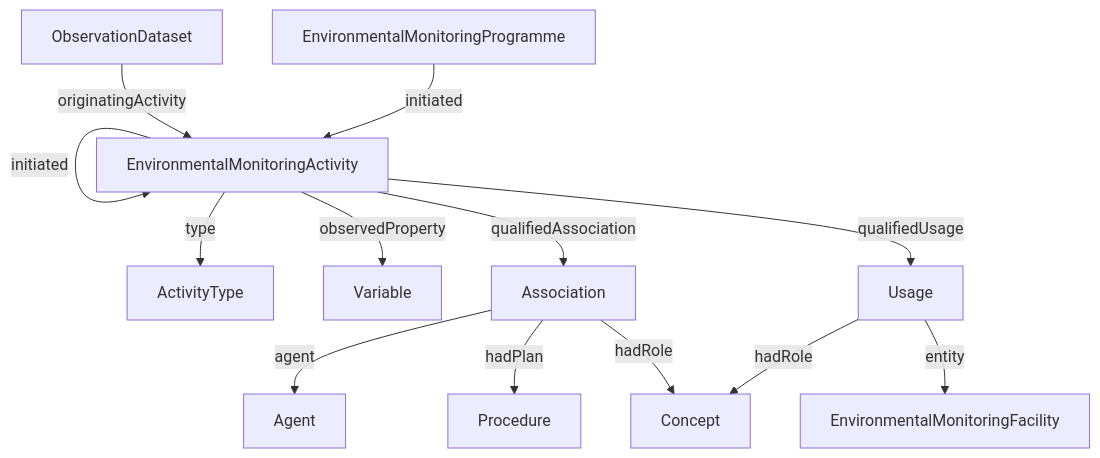
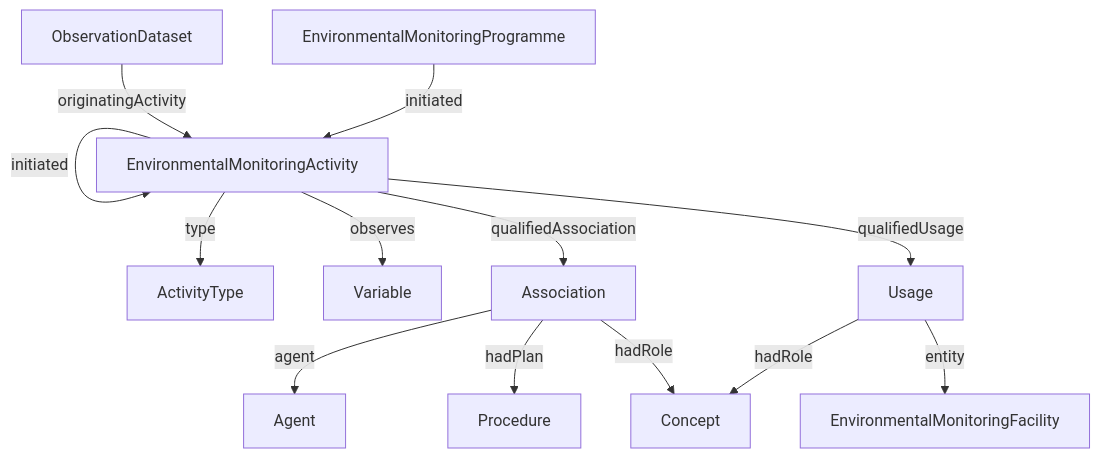
Before and after one commit to NERC-CEH/fdri-ontology: the first of 2 diagrams in ontology/working_notes/uav-dataset-proposal.md, drawn with Mermaid. The commit also changed other lines of this file, not shown here.

````diff
--- a/ontology/working_notes/uav-dataset-proposal.md
+++ b/ontology/working_notes/uav-dataset-proposal.md
@@ -24,17 +24,17 @@
 ```mermaid
 flowchart
 Activity[EnvironmentalMonitoringActivity]
 Programme[EnvironmentalMonitoringProgramme]
 ObservationDataset-- originatingActivity -->Activity
 Programme-- initiated-->Activity
 Activity-- initiated -->Activity
 Activity-- qualifiedAssociation -->Association
 Association -- agent --> Agent
 Association -- hadPlan --> Procedure
 Association -- hadRole --> Concept
 Activity-- qualifiedUsage -->Usage
 Usage -- entity --> EnvironmentalMonitoringFacility
 Usage -- hadRole --> Concept
 Activity -- type --> ActivityType
-Activity -- observedProperty --> Variable
+Activity -- observes --> Variable
 ```
````
